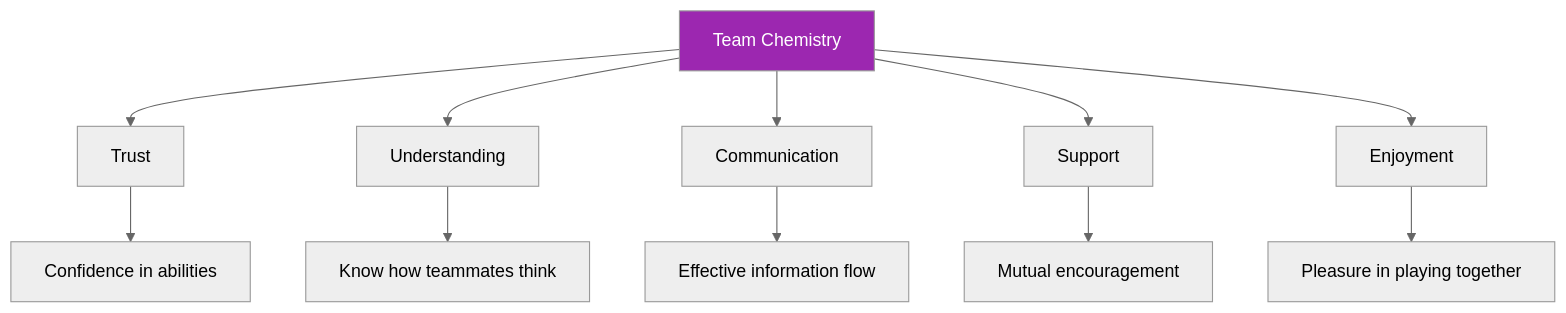
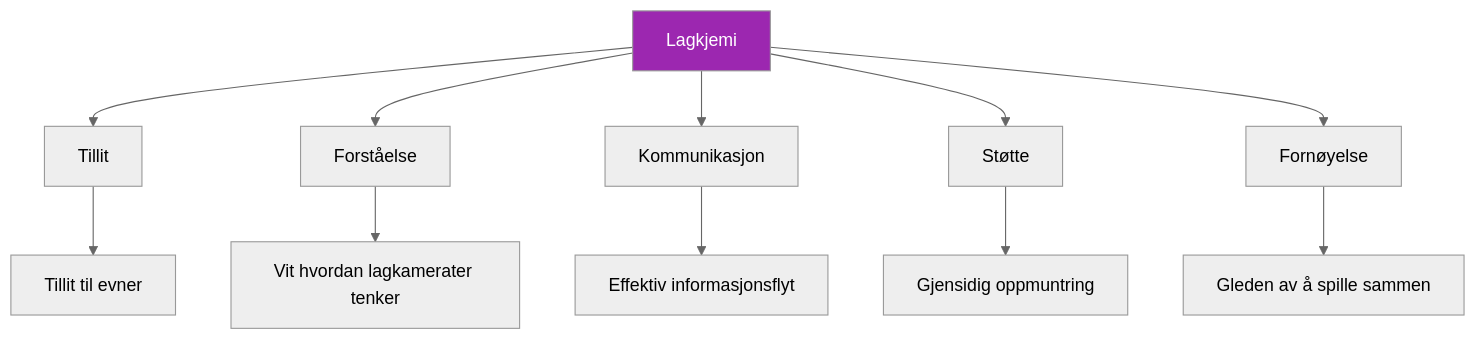
One commit to patwii/petanque-academy changed the diagram in docs/no/articles/team-chemistry.md. Above: the diagram before and after it, drawn with Mermaid (neutral theme). The commit also changed other lines of this file and 550 other files, not shown here.

````diff
--- a/docs/no/articles/team-chemistry.md
+++ b/docs/no/articles/team-chemistry.md
@@ -20,16 +20,16 @@
 ```mermaid
 flowchart TD
-    A[Team Chemistry] --> B[Trust]
-    A --> C[Understanding]
-    A --> D[Communication]
-    A --> E[Support]
-    A --> F[Enjoyment]
+    A[Lagkjemi] --> B[Tillit]
+    A --> C[Forståelse]
+    A --> D[Kommunikasjon]
+    A --> E[Støtte]
+    A --> F[Fornøyelse]
 
-    B --> G[Confidence in abilities]
-    C --> H[Know how teammates think]
-    D --> I[Effective information flow]
-    E --> J[Mutual encouragement]
-    F --> K[Pleasure in playing together]
+    B --> G[Tillit til evner]
+    C --> H[Vit hvordan lagkamerater tenker]
+    D --> I[Effektiv informasjonsflyt]
+    E --> J[Gjensidig oppmuntring]
+    F --> K[Gleden av å spille sammen]
 
     style A fill:#9C27B0,color:#fff
 ```
````
